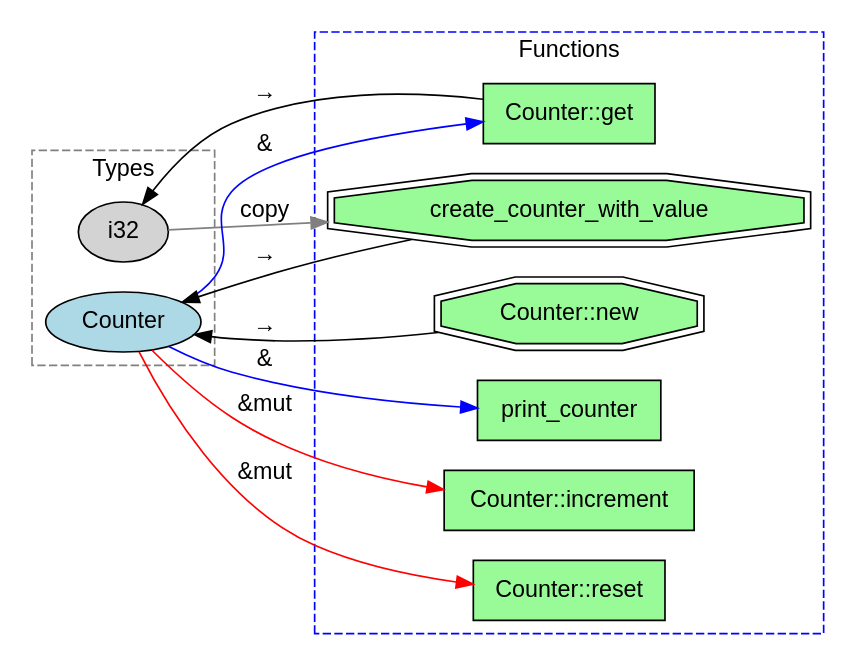
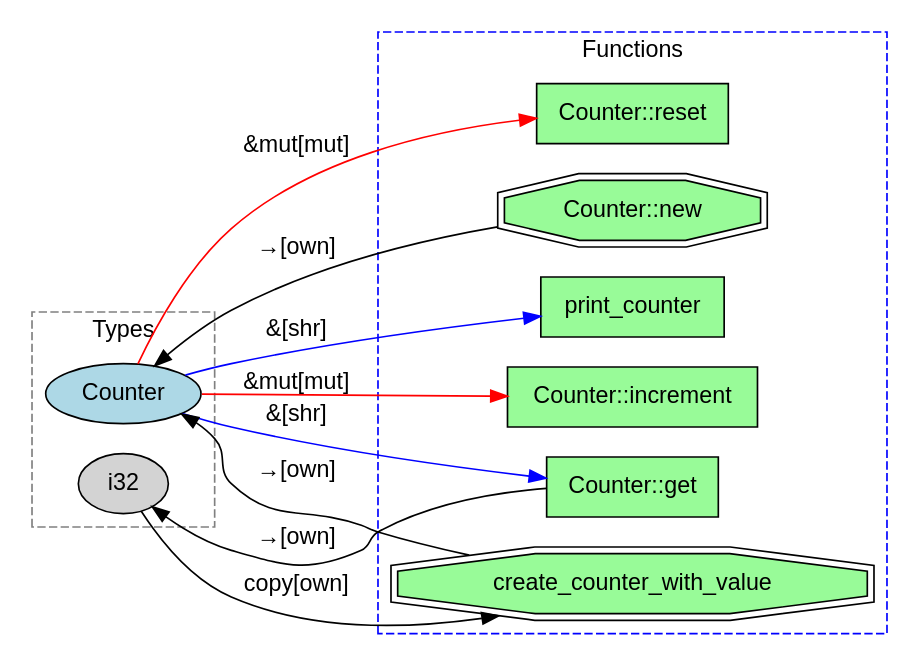
Before and after one commit to kevindadi/RustSynth: the diagram in test_output/simple_counter/apigraph.dot, drawn with Graphviz. The commit also changed 23 other files, not shown here.

```diff
--- a/test_output/simple_counter/apigraph.dot
+++ b/test_output/simple_counter/apigraph.dot
@@ -1,38 +1,38 @@
 digraph ApiGraph {
   rankdir=LR;
   fontname="Helvetica";
   node [fontname="Helvetica"];
   edge [fontname="Helvetica"];
 
   // Type nodes (椭圆)
   subgraph cluster_types {
     label="Types";
     style=dashed;
     color=gray;
-    T0 [label="i32", shape=ellipse, style=filled, fillcolor=lightgray];
-    T1 [label="Counter", shape=ellipse, style=filled, fillcolor=lightblue];
+    T0 [label="Counter", shape=ellipse, style=filled, fillcolor=lightblue];
+    T1 [label="i32", shape=ellipse, style=filled, fillcolor=lightgray];
   }
 
   // Function nodes (方框)
   subgraph cluster_functions {
     label="Functions";
     style=dashed;
     color=blue;
-    F0 [label="create_counter_with_value", shape=doubleoctagon, style=filled, fillcolor=palegreen];
-    F1 [label="print_counter", shape=box, style=filled, fillcolor=palegreen];
-    F2 [label="Counter::new", shape=doubleoctagon, style=filled, fillcolor=palegreen];
-    F3 [label="Counter::increment", shape=box, style=filled, fillcolor=palegreen];
-    F4 [label="Counter::get", shape=box, style=filled, fillcolor=palegreen];
-    F5 [label="Counter::reset", shape=box, style=filled, fillcolor=palegreen];
+    F0 [label="print_counter", shape=box, style=filled, fillcolor=palegreen];
+    F1 [label="Counter::new", shape=doubleoctagon, style=filled, fillcolor=palegreen];
+    F2 [label="Counter::increment", shape=box, style=filled, fillcolor=palegreen];
+    F3 [label="Counter::get", shape=box, style=filled, fillcolor=palegreen];
+    F4 [label="Counter::reset", shape=box, style=filled, fillcolor=palegreen];
+    F5 [label="create_counter_with_value", shape=doubleoctagon, style=filled, fillcolor=palegreen];
   }
 
   // Edges
-  T0 -> F0 [label="copy", color=gray, style=solid];
-  F0 -> T1 [label="→", color=black, style=solid];
-  T1 -> F1 [label="&", color=blue, style=solid];
-  F2 -> T1 [label="→", color=black, style=solid];
-  T1 -> F3 [label="&mut", color=red, style=solid];
-  T1 -> F4 [label="&", color=blue, style=solid];
-  F4 -> T0 [label="→", color=black, style=solid];
-  T1 -> F5 [label="&mut", color=red, style=solid];
+  T0 -> F0 [label="&[shr]", color=blue, style=solid];
+  F1 -> T0 [label="→[own]", color=black, style=solid];
+  T0 -> F2 [label="&mut[mut]", color=red, style=solid];
+  T0 -> F3 [label="&[shr]", color=blue, style=solid];
+  F3 -> T1 [label="→[own]", color=black, style=solid];
+  T0 -> F4 [label="&mut[mut]", color=red, style=solid];
+  T1 -> F5 [label="copy[own]", color=black, style=solid];
+  F5 -> T0 [label="→[own]", color=black, style=solid];
 }
```
